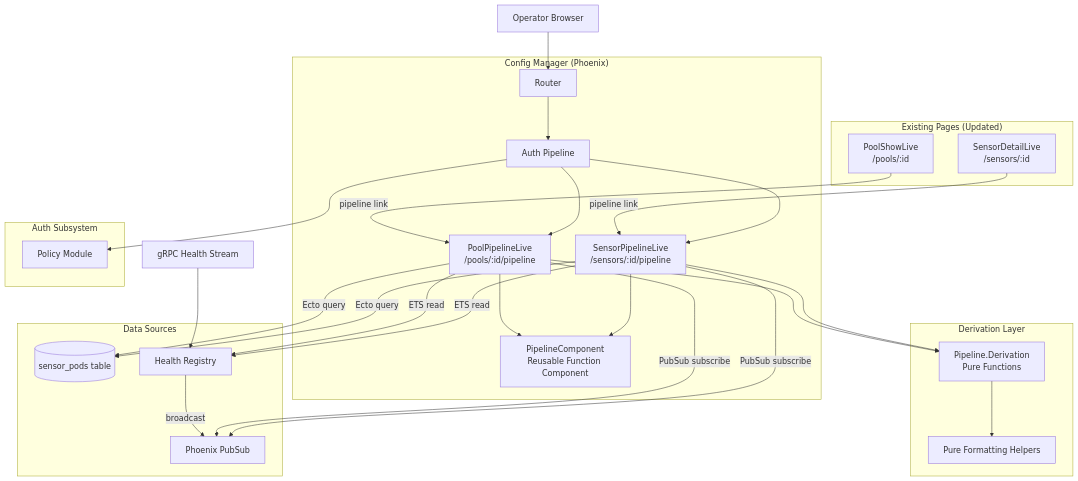
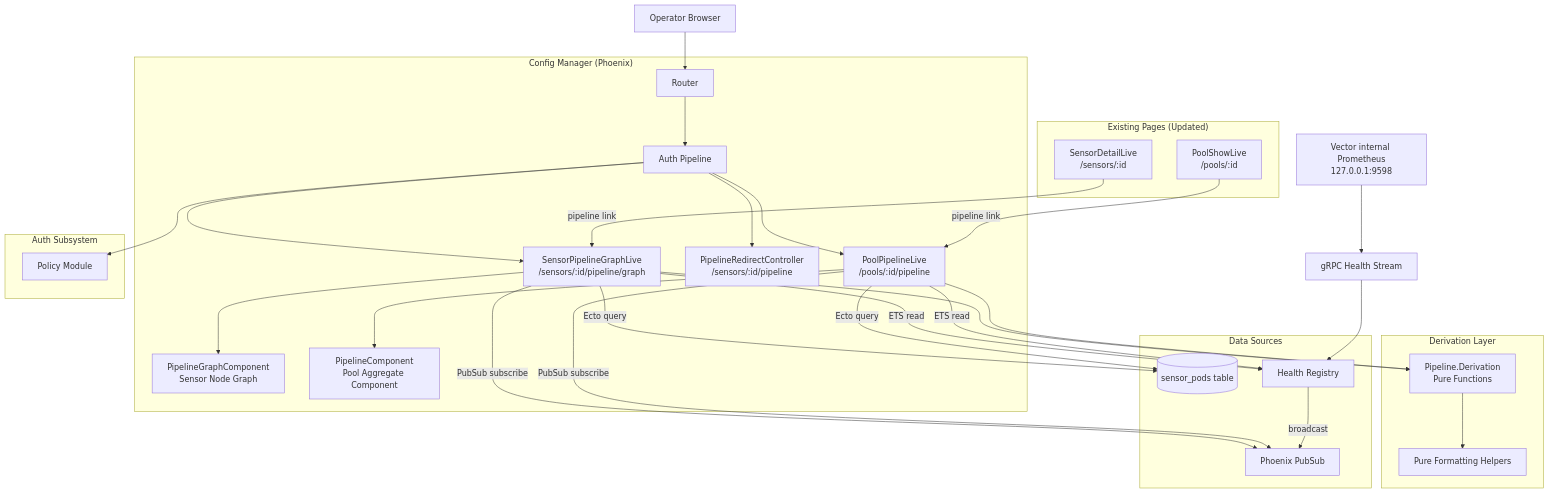
One commit to gustovshikov/RavenWire changed the first of 3 diagrams in specs/live-data-flow-viz/design.md. Above: the diagram before and after it, drawn with Mermaid. The commit also changed other lines of this file and 40 other files, not shown here.

Commit message:
Add pipeline graph telemetry and cleanup fixes

````diff
--- a/specs/live-data-flow-viz/design.md
+++ b/specs/live-data-flow-viz/design.md
@@ -55,38 +57,40 @@
 ```mermaid
 graph TB
     subgraph "Config Manager (Phoenix)"
         Router --> AuthPipeline[Auth Pipeline]
-        AuthPipeline --> SensorPipelineLive[SensorPipelineLive<br/>/sensors/:id/pipeline]
+        AuthPipeline --> SensorPipelineGraphLive[SensorPipelineGraphLive<br/>/sensors/:id/pipeline/graph]
+        AuthPipeline --> PipelineRedirectController[PipelineRedirectController<br/>/sensors/:id/pipeline]
         AuthPipeline --> PoolPipelineLive[PoolPipelineLive<br/>/pools/:id/pipeline]
-        SensorPipelineLive --> PipelineComponent[PipelineComponent<br/>Reusable Function Component]
-        PoolPipelineLive --> PipelineComponent
+        SensorPipelineGraphLive --> PipelineGraphComponent[PipelineGraphComponent<br/>Sensor Node Graph]
+        PoolPipelineLive --> PipelineComponent[PipelineComponent<br/>Pool Aggregate Component]
     end
 
     subgraph "Derivation Layer"
-        SensorPipelineLive --> Derivation[Pipeline.Derivation<br/>Pure Functions]
+        SensorPipelineGraphLive --> Derivation[Pipeline.Derivation<br/>Pure Functions]
         PoolPipelineLive --> Derivation
         Derivation --> Formatters[Pure Formatting Helpers]
     end
 
     subgraph "Data Sources"
-        SensorPipelineLive -->|Ecto query| SQLite[(sensor_pods table)]
-        SensorPipelineLive -->|ETS read| HealthRegistry[Health Registry]
-        SensorPipelineLive -->|PubSub subscribe| PubSub[Phoenix PubSub]
+        SensorPipelineGraphLive -->|Ecto query| SQLite[(sensor_pods table)]
+        SensorPipelineGraphLive -->|ETS read| HealthRegistry[Health Registry]
+        SensorPipelineGraphLive -->|PubSub subscribe| PubSub[Phoenix PubSub]
         PoolPipelineLive -->|Ecto query| SQLite
         PoolPipelineLive -->|ETS read| HealthRegistry
         PoolPipelineLive -->|PubSub subscribe| PubSub
     end
 
     subgraph "Auth Subsystem"
         AuthPipeline --> Policy[Policy Module]
     end
 
     subgraph "Existing Pages (Updated)"
-        SensorDetailLive[SensorDetailLive<br/>/sensors/:id] -->|pipeline link| SensorPipelineLive
+        SensorDetailLive[SensorDetailLive<br/>/sensors/:id] -->|pipeline link| SensorPipelineGraphLive
         PoolShowLive[PoolShowLive<br/>/pools/:id] -->|pipeline link| PoolPipelineLive
     end
 
     Browser[Operator Browser] --> Router
+    VectorMetrics[Vector internal Prometheus<br/>127.0.0.1:9598] --> HealthStream
     HealthStream[gRPC Health Stream] --> HealthRegistry
     HealthRegistry -->|broadcast| PubSub
 ```
````
